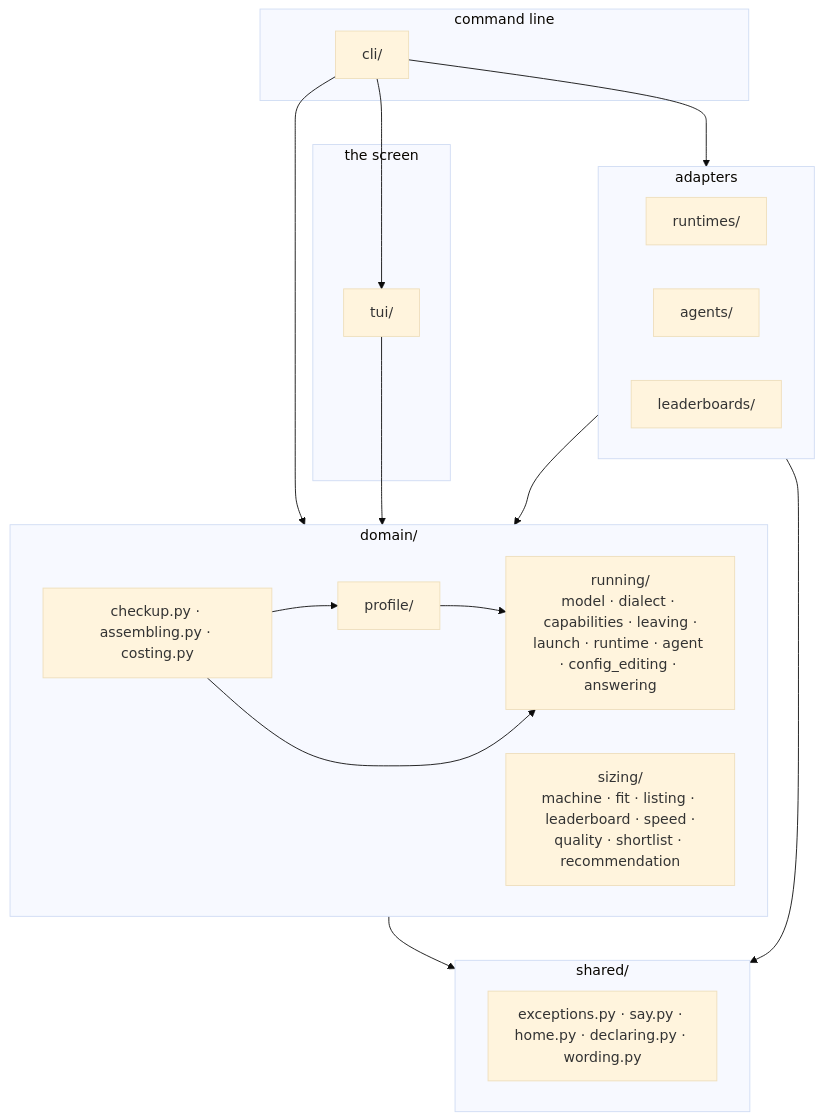
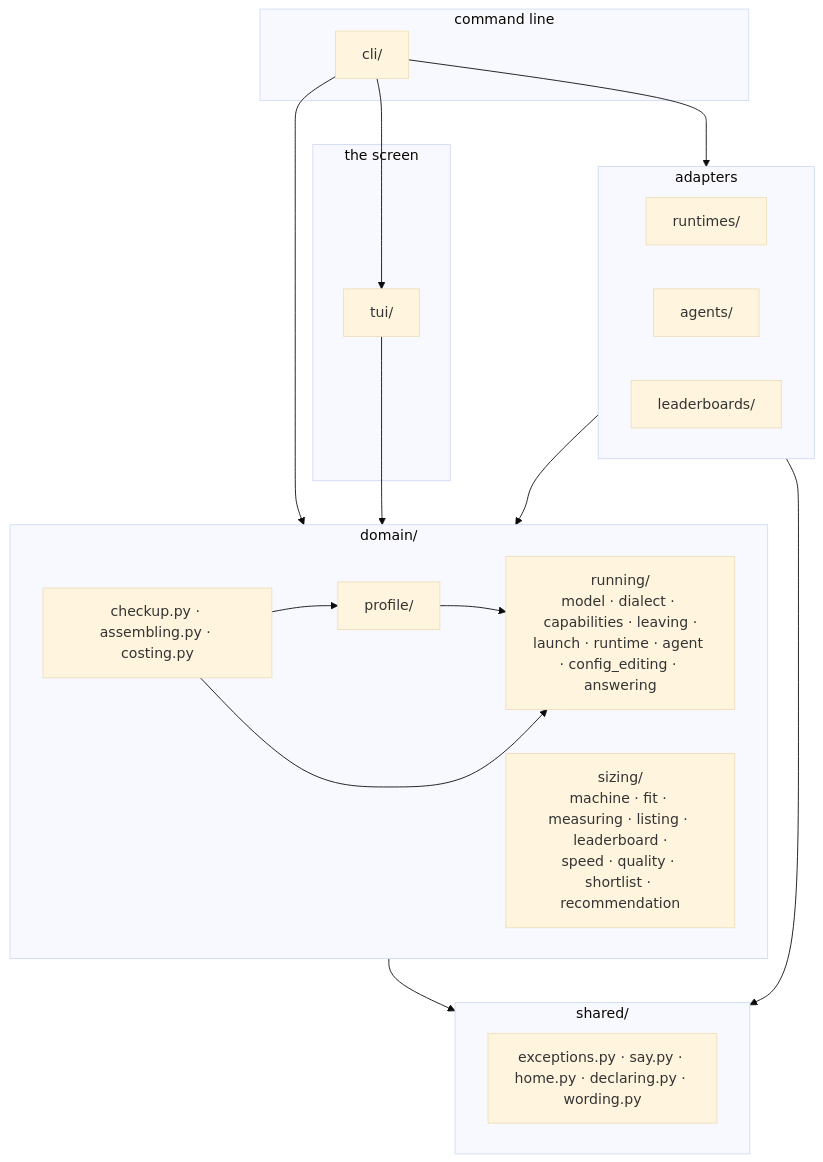
Before and after one commit to pvardanis/offgrid: the first of 3 diagrams in docs/architecture.md, drawn with Mermaid (base theme). The commit also changed other lines of this file and 3 other files, not shown here.

First line of the commit message:
refactor(sizing): share the machine measurement between setup and the screen

````diff
--- a/docs/architecture.md
+++ b/docs/architecture.md
@@ -13,34 +13,34 @@
 ```mermaid
 flowchart TD
     subgraph cmd [command line]
         cli["cli/"]
     end
     subgraph screen [the screen]
         tui["tui/"]
     end
     subgraph adapters [adapters]
         rt["runtimes/"]
         ag["agents/"]
         lb["leaderboards/"]
     end
     subgraph domain ["domain/"]
         checkup["checkup.py · assembling.py · costing.py"]
-        sizing["sizing/<br/>machine · fit · listing · leaderboard · speed ·<br/>quality · shortlist · recommendation"]
+        sizing["sizing/<br/>machine · fit · measuring · listing · leaderboard ·<br/>speed · quality · shortlist · recommendation"]
         running["running/<br/>model · dialect · capabilities · leaving ·<br/>launch · runtime · agent · config_editing · answering"]
         profile["profile/"]
     end
     subgraph shared ["shared/"]
         sh["exceptions.py · say.py · home.py · declaring.py · wording.py"]
     end
 
     cli --> adapters
     cli --> domain
     cli --> tui
     tui --> domain
     adapters --> domain
     domain --> shared
     adapters --> shared
     profile --> running
     checkup --> profile
     checkup --> running
 ```
````
